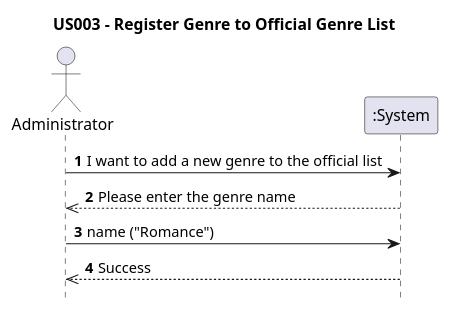
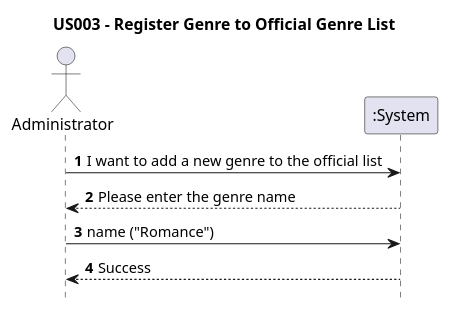
Before and after one commit to AndrePereiraGitH/SWitCH-Project-Team_A: the diagram in Diagrams/SequenceDiagrams/N1/US003-to-add-a-publication-genre-list.puml, drawn with PlantUML. The commit also changed 7 other files, not shown here.

```diff
--- a/Diagrams/SequenceDiagrams/N1/US003-to-add-a-publication-genre-list.puml
+++ b/Diagrams/SequenceDiagrams/N1/US003-to-add-a-publication-genre-list.puml
@@ -1,13 +1,13 @@
 @startuml
 hide footbox
 title US003 - Register Genre to Official Genre List
-autoNumber
+autonumber
 actor Administrator
 participant ":System" as System
 
 Administrator -> System :  I want to add a new genre to the official list
-System --->> Administrator : Please enter the genre name
+System --> Administrator : Please enter the genre name
 Administrator -> System :  name ("Romance")
-System --->> Administrator : Success
+System --> Administrator : Success
 
 @enduml
```
